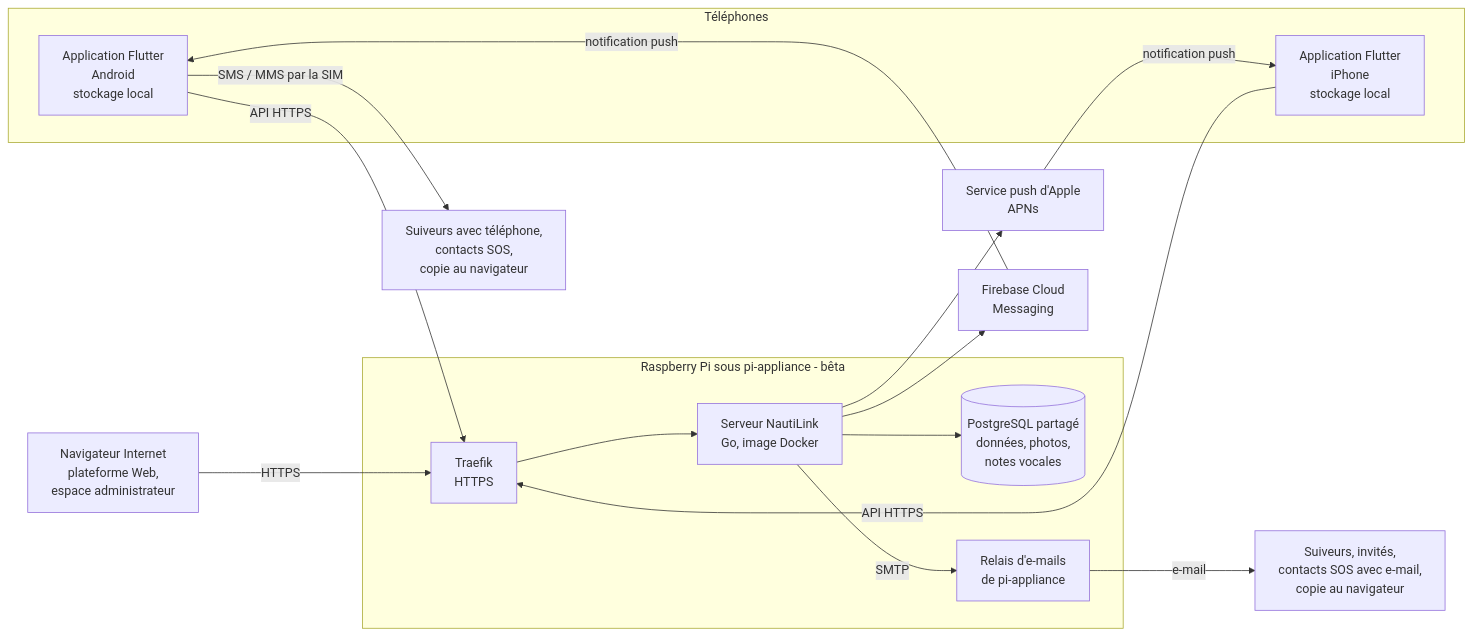
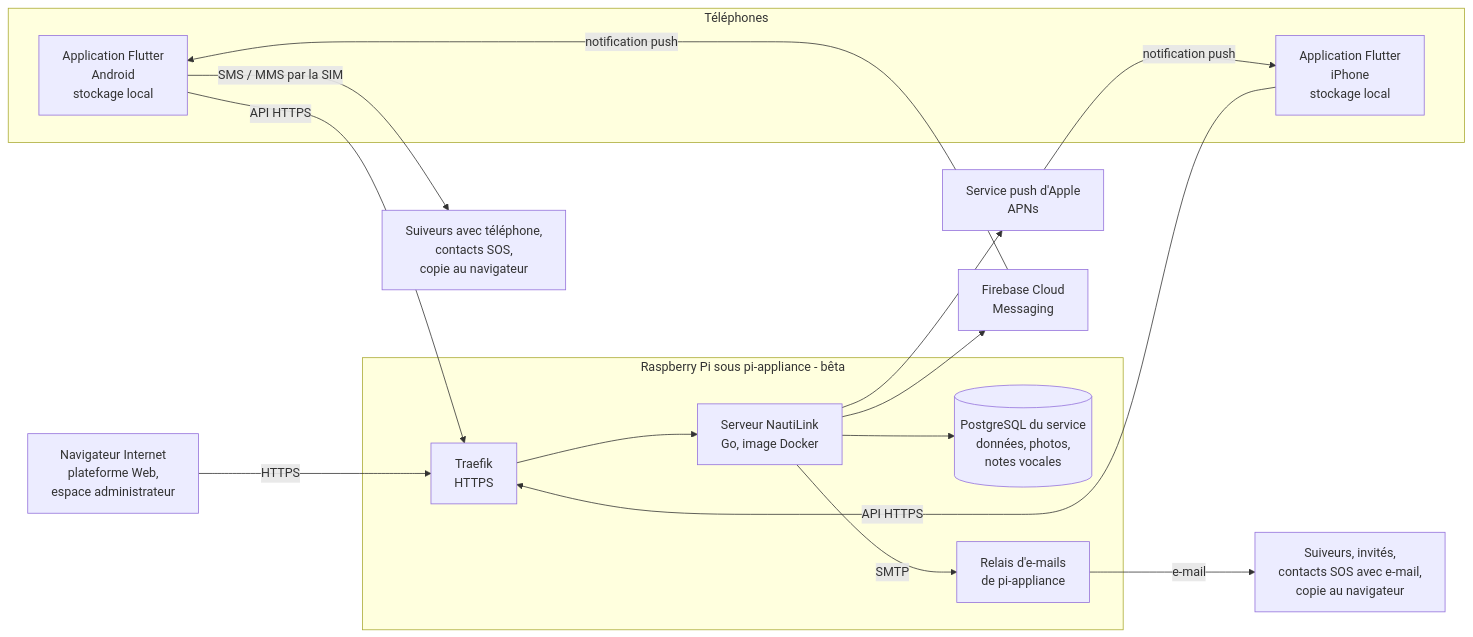
Before and after one commit to gmoulard/NautiLink: the diagram in docs/08-architecture.md, drawn with Mermaid. The commit also changed other lines of this file and 6 other files, not shown here.

First line of the commit message:
Base PostgreSQL dans server/compose.yaml (service base, volume nautilink-base), D-130 ; sauvegarde de la base du Pi en Q-85

````diff
--- a/docs/08-architecture.md
+++ b/docs/08-architecture.md
@@ -15,26 +15,26 @@
 ```mermaid
 flowchart LR
   subgraph TEL[Téléphones]
     A[Application Flutter<br/>Android<br/>stockage local]
     I[Application Flutter<br/>iPhone<br/>stockage local]
   end
   W[Navigateur Internet<br/>plateforme Web,<br/>espace administrateur]
   subgraph PI[Raspberry Pi sous pi-appliance - bêta]
     T[Traefik<br/>HTTPS]
     S[Serveur NautiLink<br/>Go, image Docker]
-    P[(PostgreSQL partagé<br/>données, photos,<br/>notes vocales)]
+    P[(PostgreSQL du service<br/>données, photos,<br/>notes vocales)]
     R[Relais d'e-mails<br/>de pi-appliance]
   end
   A -- API HTTPS --> T
   I -- API HTTPS --> T
   W -- HTTPS --> T
   T --> S
   S --> P
   S -- SMTP --> R
   R -- e-mail --> E[Suiveurs, invités,<br/>contacts SOS avec e-mail,<br/>copie au navigateur]
   S --> APN[Service push d'Apple<br/>APNs]
   APN -- notification push --> I
   S --> FCM[Firebase Cloud<br/>Messaging]
   FCM -- notification push --> A
   A -- SMS / MMS par la SIM --> D[Suiveurs avec téléphone,<br/>contacts SOS,<br/>copie au navigateur]
 ```
````
